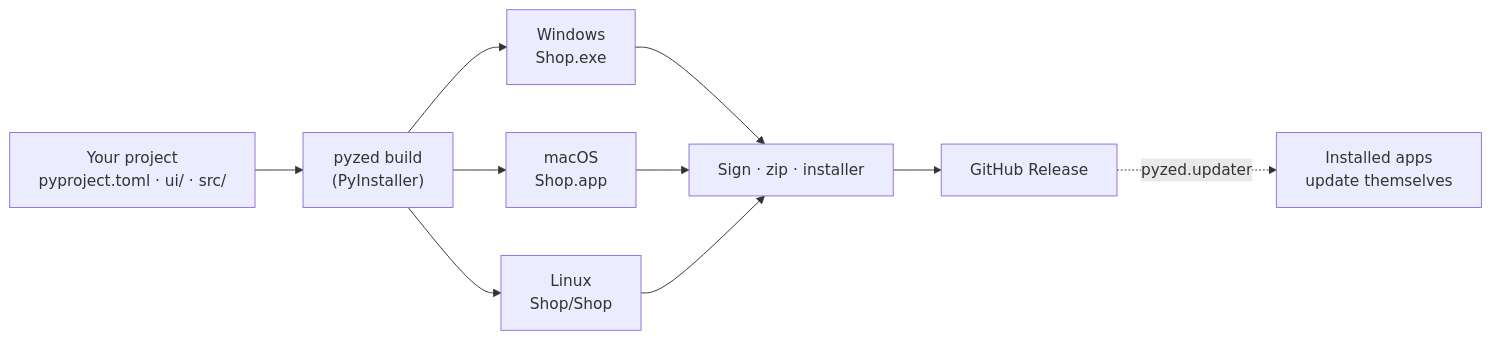
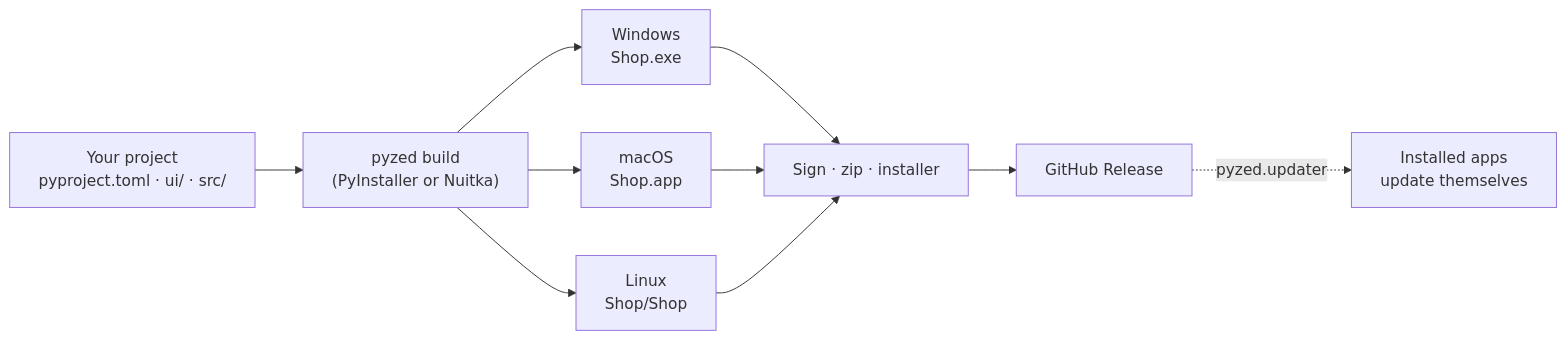
One commit to albakore/pyzed changed the diagram in docs/src/content/docs/packaging/index.mdx. Above: the diagram before and after it, drawn with Mermaid. The commit also changed other lines of this file and 29 other files, not shown here.

````diff
--- a/docs/src/content/docs/packaging/index.mdx
+++ b/docs/src/content/docs/packaging/index.mdx
@@ -47,12 +48,12 @@
 ```mermaid
 flowchart LR
-    P["Your project<br/>pyproject.toml · ui/ · src/"] --> B["pyzed build<br/>(PyInstaller)"]
+    P["Your project<br/>pyproject.toml · ui/ · src/"] --> B["pyzed build<br/>(PyInstaller or Nuitka)"]
     B --> W["Windows<br/>Shop.exe"]
     B --> M["macOS<br/>Shop.app"]
     B --> L["Linux<br/>Shop/Shop"]
     W --> S["Sign · zip · installer"]
     M --> S
     L --> S
     S --> R["GitHub Release"]
     R -. "pyzed.updater" .-> U["Installed apps<br/>update themselves"]
 ```
````
